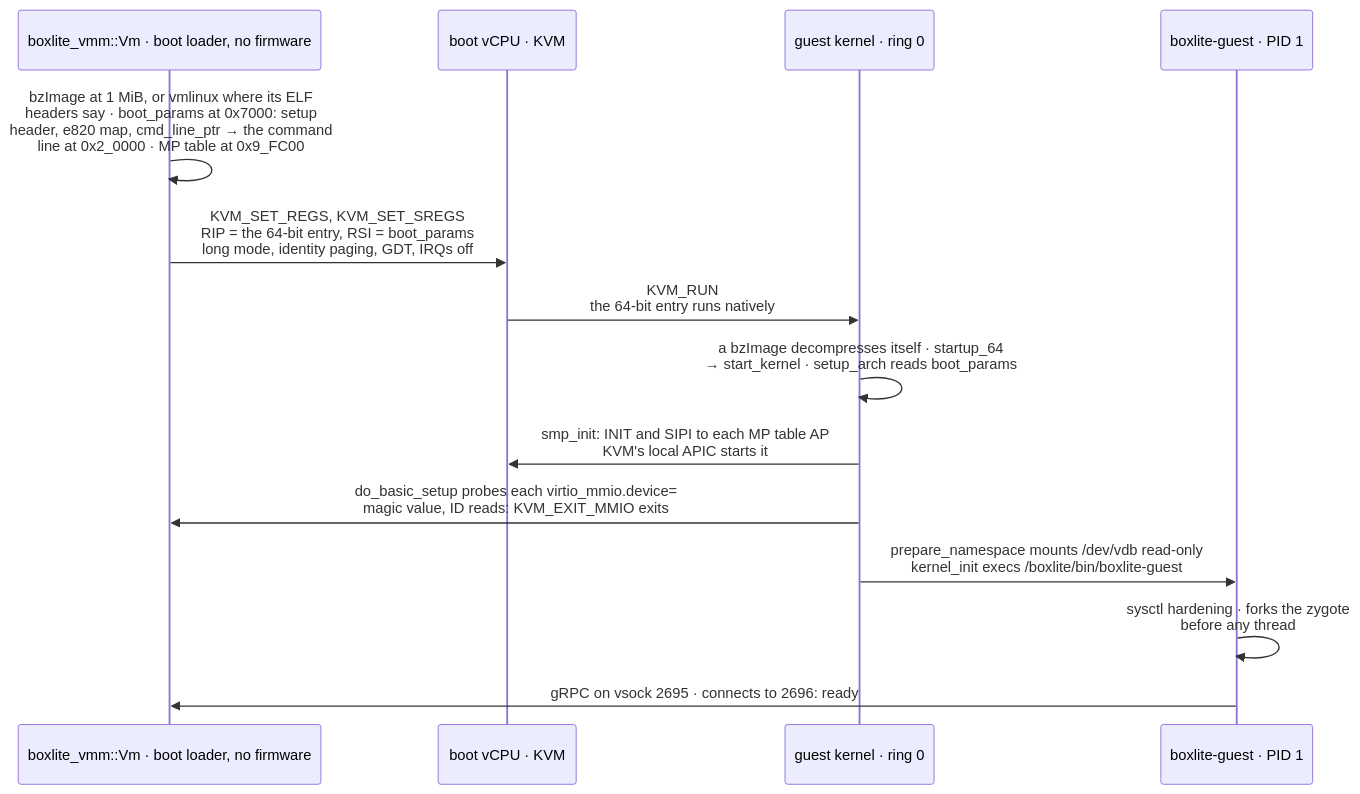
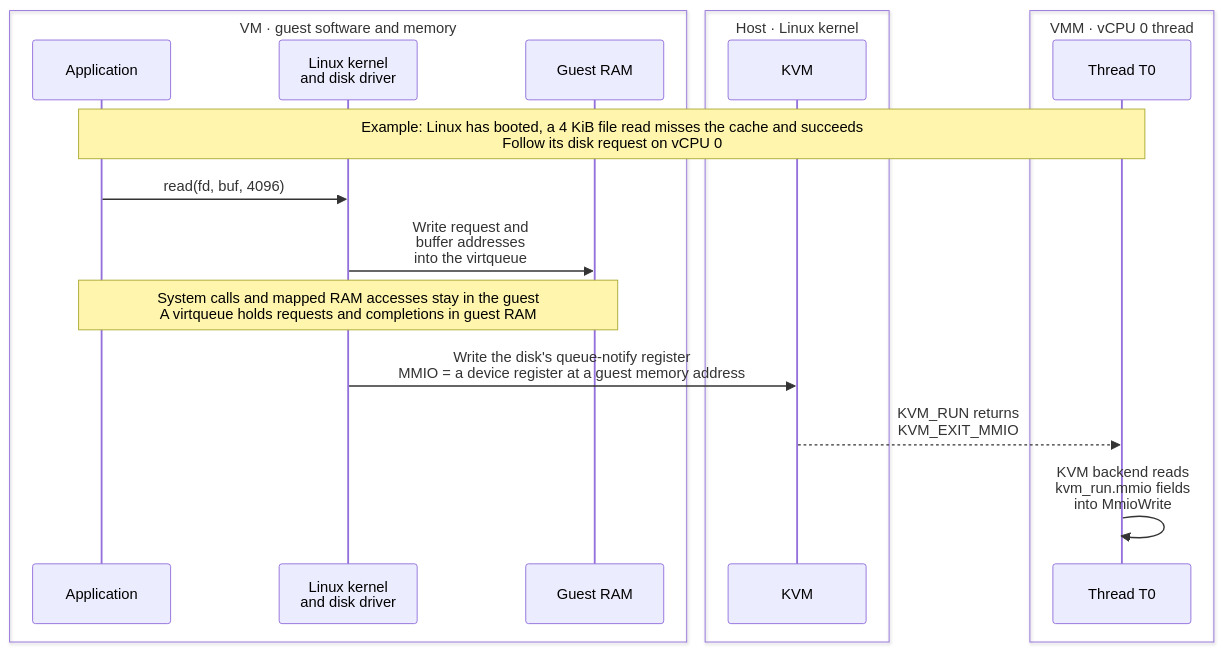
One commit to boxlite-ai/boxlite changed the seventh of 14 diagrams in docs/architecture/vmm/kvm.md. Above: the diagram before and after it, drawn with Mermaid. The commit also changed other lines of this file and 3 other files, not shown here.

````diff
--- a/docs/architecture/vmm/kvm.md
+++ b/docs/architecture/vmm/kvm.md
@@ -140,25 +208,26 @@
 ```mermaid
 sequenceDiagram
-  participant vm as boxlite_vmm::Vm · boot loader, no firmware
-  participant vcpu as boot vCPU · KVM
-  participant kernel as guest kernel · ring 0
-  participant init as boxlite-guest · PID 1
-  %% edge:b_load
-  vm->>vm: bzImage at 1 MiB, or vmlinux where its ELF<br/>headers say · boot_params at 0x7000: setup<br/>header, e820 map, cmd_line_ptr → the command<br/>line at 0x2_0000 · MP table at 0x9_FC00
-  %% edge:b_regs
-  vm->>vcpu: KVM_SET_REGS, KVM_SET_SREGS<br/>RIP = the 64-bit entry, RSI = boot_params<br/>long mode, identity paging, GDT, IRQs off
-  %% edge:b_run
-  vcpu->>kernel: KVM_RUN<br/>the 64-bit entry runs natively
-  %% edge:b_head
-  kernel->>kernel: a bzImage decompresses itself · startup_64<br/>→ start_kernel · setup_arch reads boot_params
-  %% edge:b_smp
-  kernel->>vcpu: smp_init: INIT and SIPI to each MP table AP<br/>KVM's local APIC starts it
-  %% edge:b_probe
-  kernel->>vm: do_basic_setup probes each virtio_mmio.device=<br/>magic value, ID reads: KVM_EXIT_MMIO exits
-  %% edge:b_exec
-  kernel->>init: prepare_namespace mounts /dev/vdb read-only<br/>kernel_init execs /boxlite/bin/boxlite-guest
-  %% edge:b_agent
-  init->>init: sysctl hardening · forks the zygote<br/>before any thread
-  %% edge:b_ready
-  init->>vm: gRPC on vsock 2695 · connects to 2696: ready
+  box VM · guest software and memory
+    participant program as Application
+    participant kernel as Linux kernel<br/>and disk driver
+    participant guest_ram as Guest RAM
+  end
+  box Host · Linux kernel
+    participant host_api as KVM
+  end
+  box VMM · vCPU 0 thread
+    participant thread0 as Thread T0
+  end
+  Note over program,thread0: Example: Linux has booted, a 4 KiB file read misses the cache and succeeds<br/>Follow its disk request on vCPU 0
+  %% edge:kvm_8_e1
+  program->>kernel: read(fd, buf, 4096)
+  %% edge:kvm_8_e2
+  kernel->>guest_ram: Write request and<br/>buffer addresses<br/>into the virtqueue
+  Note over program,guest_ram: System calls and mapped RAM accesses stay in the guest<br/>A virtqueue holds requests and completions in guest RAM
+  %% edge:kvm_8_e3
+  kernel->>host_api: Write the disk's queue-notify register<br/>MMIO = a device register at a guest memory address
+  %% edge:kvm_8_e4
+  host_api-->>thread0: KVM_RUN returns<br/>KVM_EXIT_MMIO
+  %% edge:kvm_8_e5
+  thread0->>thread0: KVM backend reads<br/>kvm_run.mmio fields<br/>into MmioWrite
 ```
````
